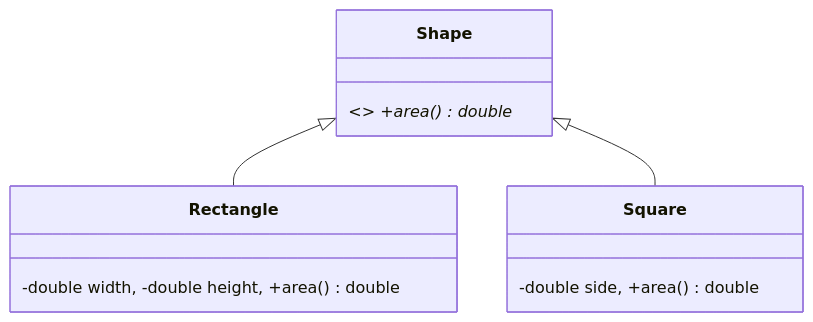
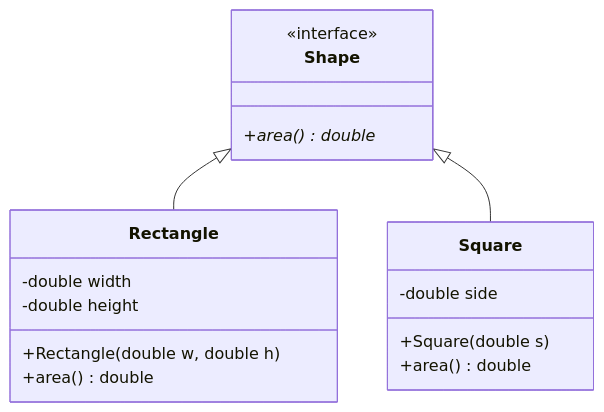
The third of 22 diagrams in readme.md (divyap271/systemDesign), drawn with Mermaid before and after one commit. The commit also changed other lines of this file, not shown here.

````diff
--- a/readme.md
+++ b/readme.md
@@ -64,8 +91,20 @@
 ```mermaid
 classDiagram
-    class Shape { <<interface>> +area()* double }
-    class Rectangle { -double width, -double height, +area() double }
-    class Square { -double side, +area() double }
+    class Shape {
+        <<interface>>
+        +area()* double
+    }
+    class Rectangle {
+        -double width
+        -double height
+        +Rectangle(double w, double h)
+        +area() double
+    }
+    class Square {
+        -double side
+        +Square(double s)
+        +area() double
+    }
     Shape <|-- Rectangle
     Shape <|-- Square
 ```
````
